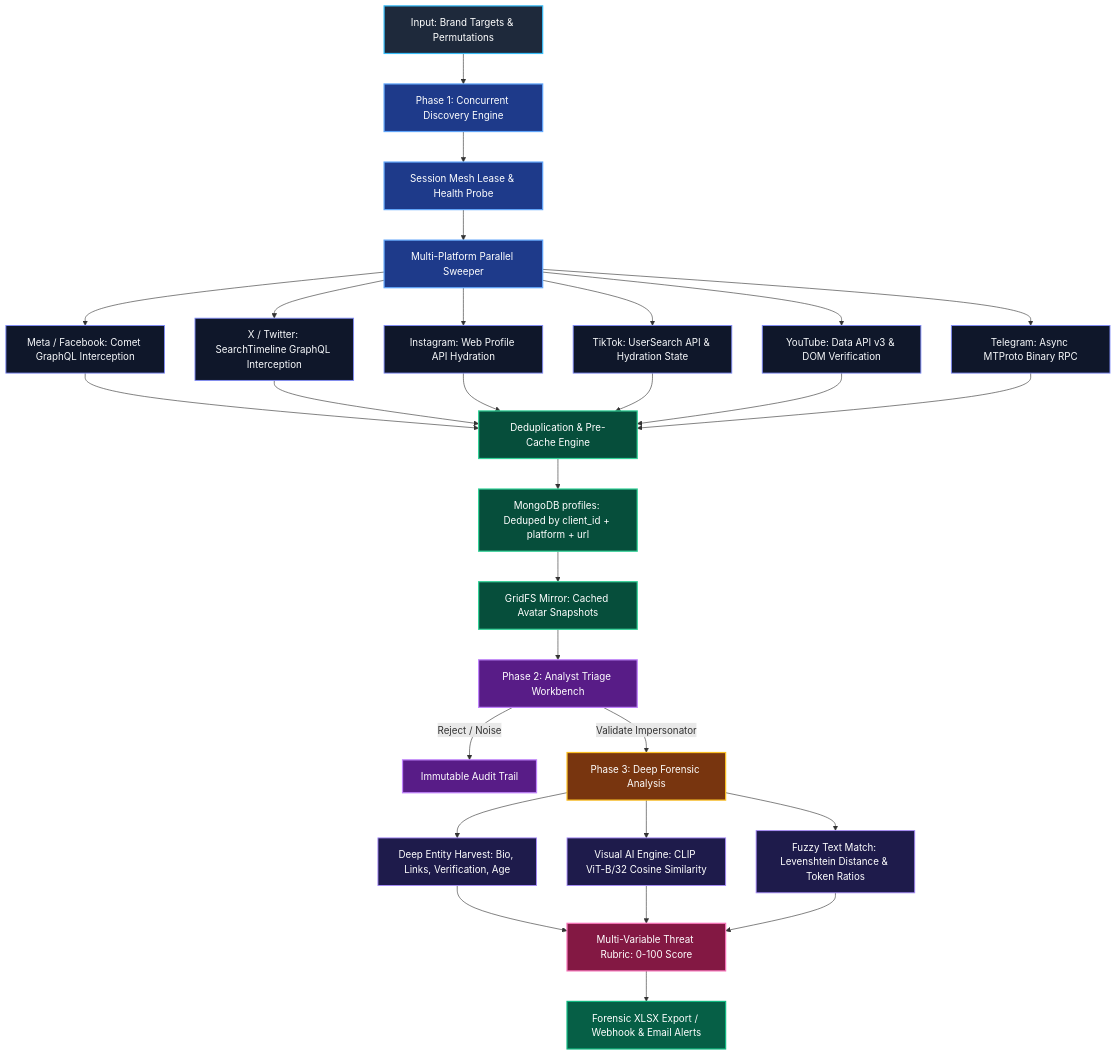
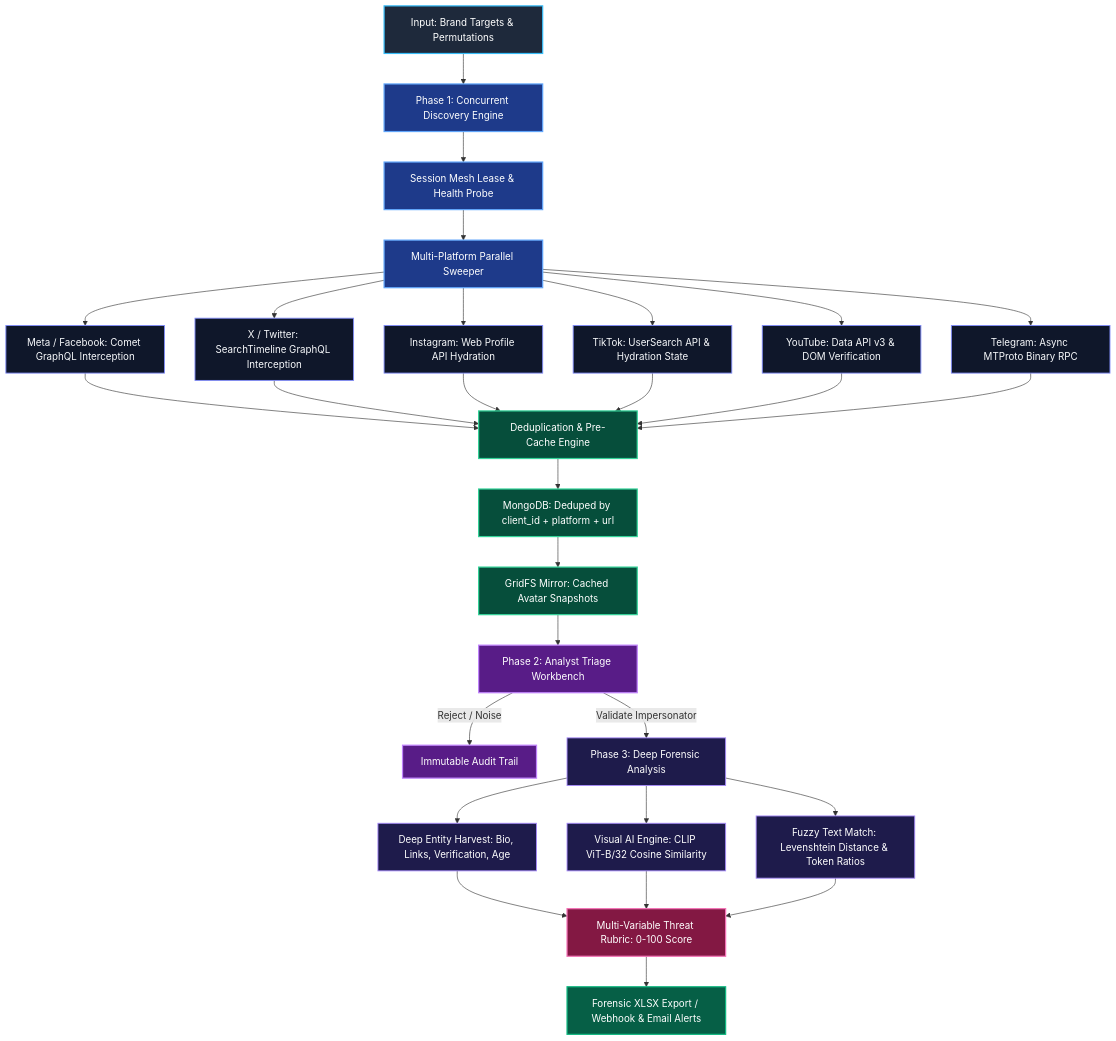
Before and after one commit to Saisanjay23/Brand-Intelligence-ultimate: the diagram in README.md, drawn with Mermaid.

Commit message:
docs: quote mermaid labels and normalize edge syntax for GitHub dark/light mode rendering

````diff
--- a/README.md
+++ b/README.md
@@ -19,39 +19,47 @@
 ```mermaid
 flowchart TD
-    classDef input fill:#1e293b,stroke:#38bdf8,stroke-width:2px,color:#ffffff;
-    classDef discovery fill:#1e3a8a,stroke:#60a5fa,stroke-width:2px,color:#ffffff;
-    classDef platform fill:#0f172a,stroke:#818cf8,stroke-width:1.5px,color:#f8fafc;
-    classDef storage fill:#064e3b,stroke:#34d399,stroke-width:2px,color:#ffffff;
-    classDef triage fill:#581c87,stroke:#c084fc,stroke-width:2px,color:#ffffff;
-    classDef analysis fill:#78350f,stroke:#fbbf24,stroke-width:2px,color:#ffffff;
-    classDef forensic fill:#1e1b4b,stroke:#a78bfa,stroke-width:1.5px,color:#ffffff;
-    classDef score fill:#831843,stroke:#f472b6,stroke-width:2px,color:#ffffff;
-    classDef output fill:#065f46,stroke:#10b981,stroke-width:2px,color:#ffffff;
+    classDef input fill:#1e293b,stroke:#38bdf8,stroke-width:2px,color:#ffffff
+    classDef discovery fill:#1e3a8a,stroke:#60a5fa,stroke-width:2px,color:#ffffff
+    classDef platform fill:#0f172a,stroke:#818cf8,stroke-width:1.5px,color:#f8fafc
+    classDef storage fill:#064e3b,stroke:#34d399,stroke-width:2px,color:#ffffff
+    classDef triage fill:#581c87,stroke:#c084fc,stroke-width:2px,color:#ffffff
+    classDef forensic fill:#1e1b4b,stroke:#a78bfa,stroke-width:1.5px,color:#ffffff
+    classDef score fill:#831843,stroke:#f472b6,stroke-width:2px,color:#ffffff
+    classDef output fill:#065f46,stroke:#10b981,stroke-width:2px,color:#ffffff
 
-    A[Input: Brand Targets & Permutations]:::input --> B[Phase 1: Concurrent Discovery Engine]:::discovery
+    A["Input: Brand Targets & Permutations"]:::input --> B["Phase 1: Concurrent Discovery Engine"]:::discovery
     
-    B --> B1[Session Mesh Lease & Health Probe]:::discovery
-    B1 --> B2[Multi-Platform Parallel Sweeper]:::discovery
+    B --> B1["Session Mesh Lease & Health Probe"]:::discovery
+    B1 --> B2["Multi-Platform Parallel Sweeper"]:::discovery
     
-    B2 --> C1[Meta / Facebook: Comet GraphQL Interception]:::platform
-    B2 --> C2[X / Twitter: SearchTimeline GraphQL Interception]:::platform
-    B2 --> C3[Instagram: Web Profile API Hydration]:::platform
-    B2 --> C4[TikTok: UserSearch API & Hydration State]:::platform
-    B2 --> C5[YouTube: Data API v3 & DOM Verification]:::platform
-    B2 --> C6[Telegram: Async MTProto Binary RPC]:::platform
+    B2 --> C1["Meta / Facebook: Comet GraphQL Interception"]:::platform
+    B2 --> C2["X / Twitter: SearchTimeline GraphQL Interception"]:::platform
+    B2 --> C3["Instagram: Web Profile API Hydration"]:::platform
+    B2 --> C4["TikTok: UserSearch API & Hydration State"]:::platform
+    B2 --> C5["YouTube: Data API v3 & DOM Verification"]:::platform
+    B2 --> C6["Telegram: Async MTProto Binary RPC"]:::platform
     
-    C1 & C2 & C3 & C4 & C5 & C6 --> D[Deduplication & Pre-Cache Engine]:::storage
-    D --> D1[MongoDB profiles: Deduped by client_id + platform + url]:::storage
-    D1 --> D2[GridFS Mirror: Cached Avatar Snapshots]:::storage
+    C1 --> D["Deduplication & Pre-Cache Engine"]:::storage
+    C2 --> D
+    C3 --> D
+    C4 --> D
+    C5 --> D
+    C6 --> D
     
-    D2 --> E[Phase 2: Analyst Triage Workbench]:::triage
-    E -->|Reject / Noise| E1[Immutable Audit Trail]:::triage
-    E -->|Validate Impersonator| F[Phase 3: Deep Forensic Analysis]:::analysis
+    D --> D1["MongoDB: Deduped by client_id + platform + url"]:::storage
+    D1 --> D2["GridFS Mirror: Cached Avatar Snapshots"]:::storage
     
-    F --> G1[Deep Entity Harvest: Bio, Links, Verification, Age]:::forensic
-    F --> G2[Visual AI Engine: CLIP ViT-B/32 Cosine Similarity]:::forensic
-    F --> G3[Fuzzy Text Match: Levenshtein Distance & Token Ratios]:::forensic
+    D2 --> E["Phase 2: Analyst Triage Workbench"]:::triage
+    E -->|"Reject / Noise"| E1["Immutable Audit Trail"]:::triage
+    E -->|"Validate Impersonator"| F["Phase 3: Deep Forensic Analysis"]:::forensic
     
-    G1 & G2 & G3 --> H[Multi-Variable Threat Rubric: 0-100 Score]:::score
-    H --> Z[Forensic XLSX Export / Webhook & Email Alerts]:::output
+    F --> G1["Deep Entity Harvest: Bio, Links, Verification, Age"]:::forensic
+    F --> G2["Visual AI Engine: CLIP ViT-B/32 Cosine Similarity"]:::forensic
+    F --> G3["Fuzzy Text Match: Levenshtein Distance & Token Ratios"]:::forensic
+    
+    G1 --> H["Multi-Variable Threat Rubric: 0-100 Score"]:::score
+    G2 --> H
+    G3 --> H
+    
+    H --> Z["Forensic XLSX Export / Webhook & Email Alerts"]:::output
 ```
````
